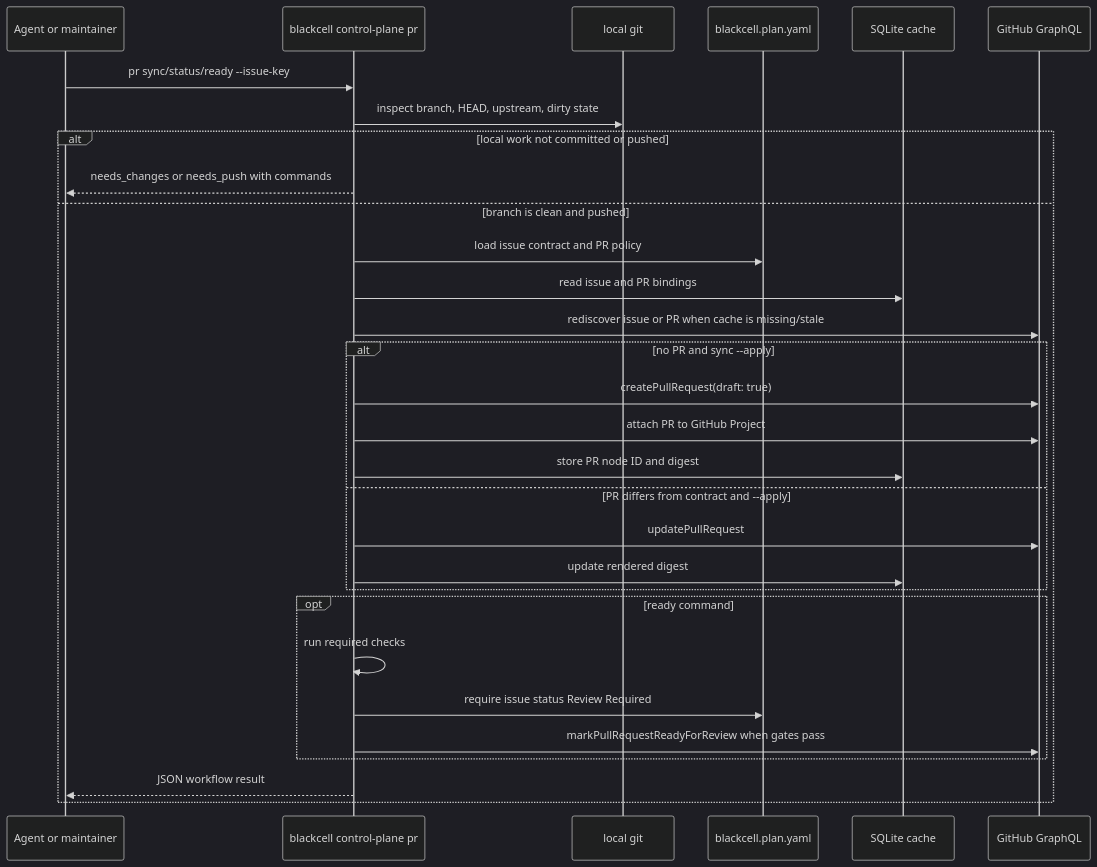
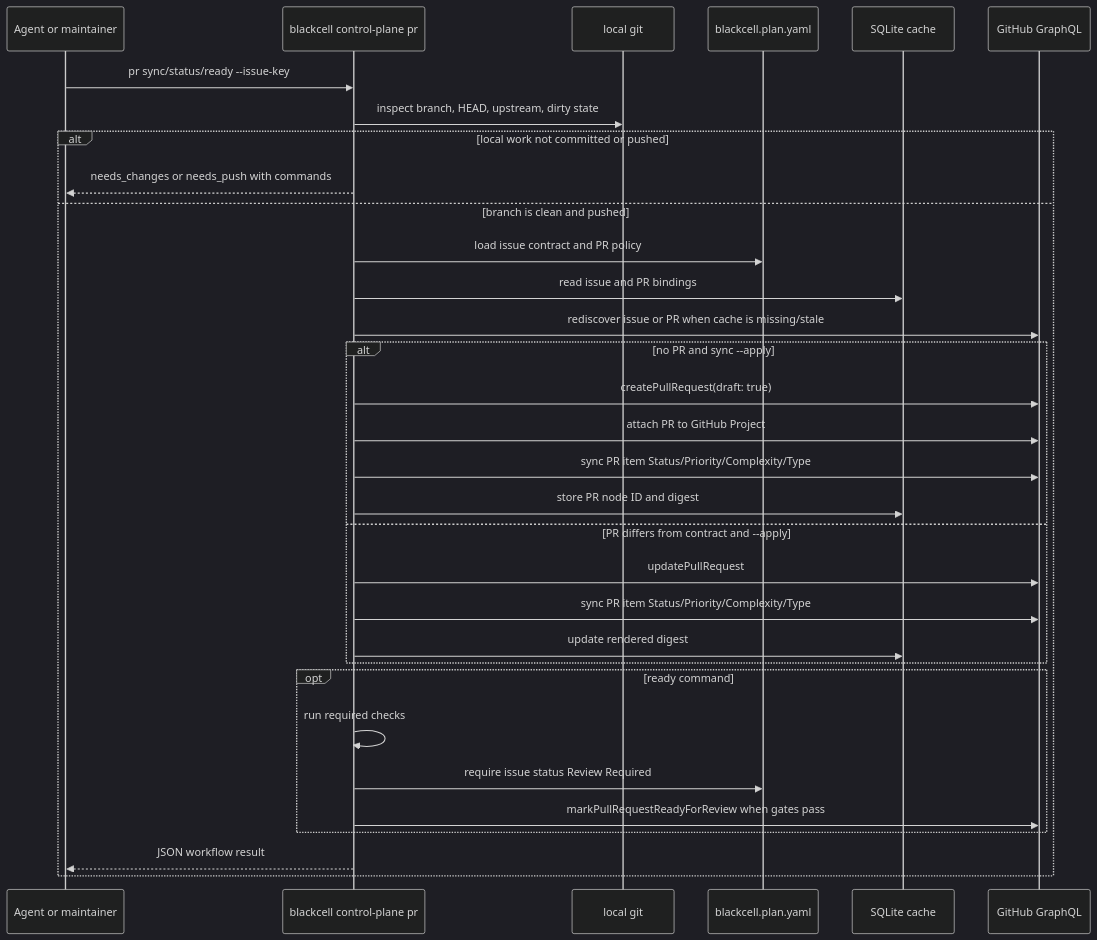
One commit to kmosoti/blackcell changed the sixth of 6 diagrams in docs/control-plane-configuration.md. Above: the diagram before and after it, drawn with Mermaid (dark theme). The commit also changed other lines of this file and 4 other files, not shown here.

````diff
--- a/docs/control-plane-configuration.md
+++ b/docs/control-plane-configuration.md
@@ -311,33 +313,35 @@
 ```mermaid
 sequenceDiagram
     participant User as Agent or maintainer
     participant CLI as blackcell control-plane pr
     participant Git as local git
     participant Plan as blackcell.plan.yaml
     participant Cache as SQLite cache
     participant GH as GitHub GraphQL
 
     User->>CLI: pr sync/status/ready --issue-key
     CLI->>Git: inspect branch, HEAD, upstream, dirty state
     alt local work not committed or pushed
         CLI-->>User: needs_changes or needs_push with commands
     else branch is clean and pushed
         CLI->>Plan: load issue contract and PR policy
         CLI->>Cache: read issue and PR bindings
         CLI->>GH: rediscover issue or PR when cache is missing/stale
         alt no PR and sync --apply
             CLI->>GH: createPullRequest(draft: true)
             CLI->>GH: attach PR to GitHub Project
+            CLI->>GH: sync PR item Status/Priority/Complexity/Type
             CLI->>Cache: store PR node ID and digest
         else PR differs from contract and --apply
             CLI->>GH: updatePullRequest
+            CLI->>GH: sync PR item Status/Priority/Complexity/Type
             CLI->>Cache: update rendered digest
         end
         opt ready command
             CLI->>CLI: run required checks
             CLI->>Plan: require issue status Review Required
             CLI->>GH: markPullRequestReadyForReview when gates pass
         end
         CLI-->>User: JSON workflow result
     end
 ```
````
